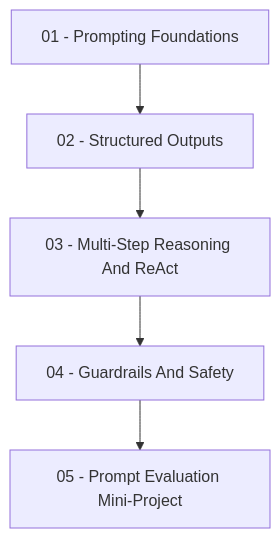
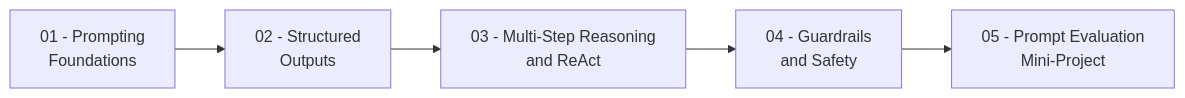
Before and after one commit to bootcampyoussef/mle-prompt-engineering: the diagram in README.md, drawn with Mermaid. The commit also changed other lines of this file and 15 other files, not shown here.

````diff
--- a/README.md
+++ b/README.md
@@ -19,7 +32,8 @@
 ```mermaid
-flowchart TD
-    A[01 - Prompting Foundations] --> B[02 - Structured Outputs]
-    B --> C[03 - Multi-Step Reasoning And ReAct]
-    C --> D[04 - Guardrails And Safety]
-    D --> E[05 - Prompt Evaluation Mini-Project]
+flowchart LR
+    NB1[01 - Prompting<br>Foundations]
+    NB1 --> NB2[02 - Structured<br>Outputs]
+    NB2 --> NB3[03 - Multi-Step Reasoning<br>and ReAct]
+    NB3 --> NB4[04 - Guardrails<br>and Safety]
+    NB4 --> NB5[05 - Prompt Evaluation<br>Mini-Project]
 ```
````
